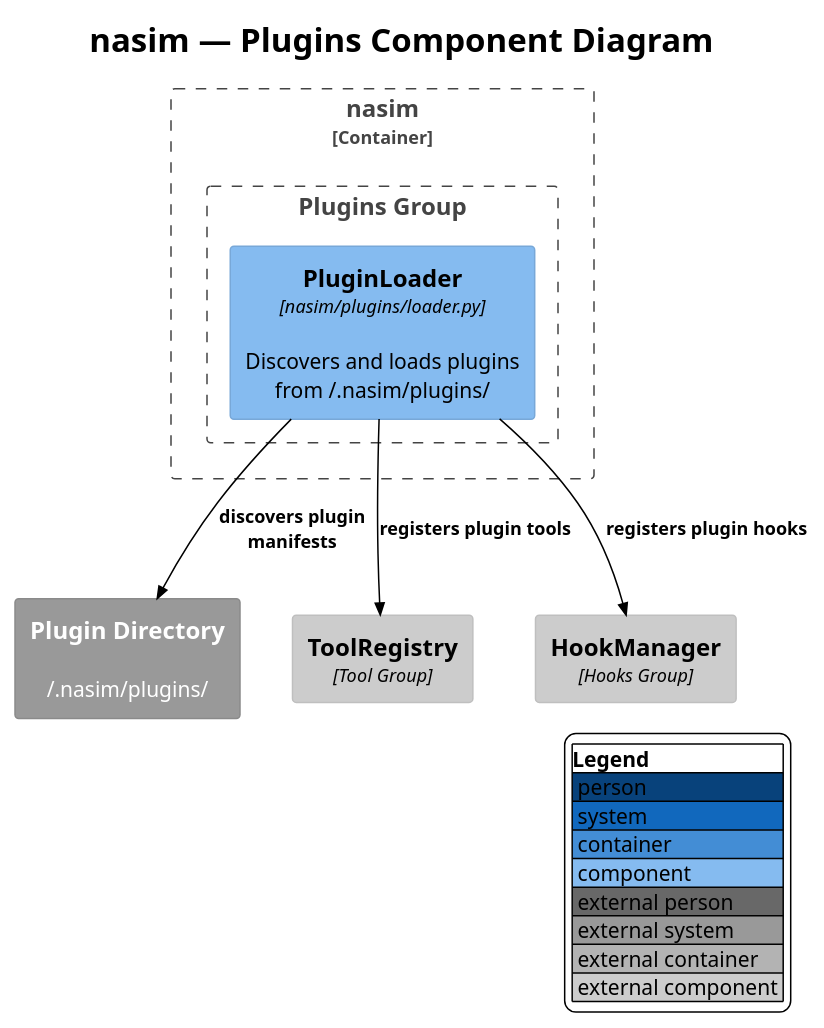
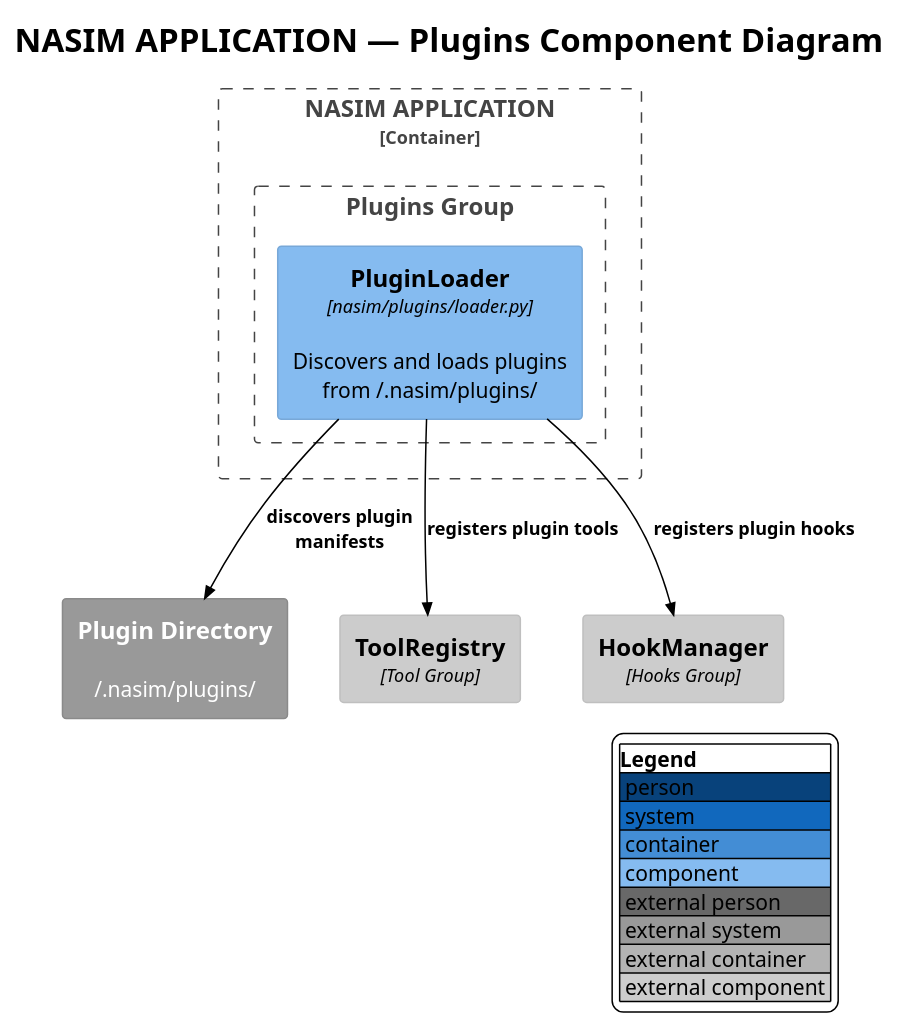
Before and after one commit to salimnamvar/nasim: the diagram in docs/C4/c4_nasim_component_plugins.puml, drawn with PlantUML. The commit also changed 21 other files, not shown here.

Commit message:
docs: Update C4 diagrams to reflect NASIM APPLICATION branding and improve consistency

```diff
--- a/docs/C4/c4_nasim_component_plugins.puml
+++ b/docs/C4/c4_nasim_component_plugins.puml
@@ -1,32 +1,32 @@
 @startuml c4_nasim_component_plugins
 !include https://raw.githubusercontent.com/plantuml-stdlib/C4-PlantUML/v2.10.0/C4_Component.puml
 !theme plain
 
 ' ============================================================
-' Title:     nasim — Plugins Component Diagram
-' Boundary:  nasim (container) — Plugins Group
+' Title:     NASIM APPLICATION — Plugins Component Diagram
+' Boundary:  NASIM APPLICATION (container) — Plugins Group
 ' Purpose:   Plugin discovery, loading, dynamic tool/hook registration
 ' Milestone: v1.0
 ' Version:   9.0.0
 ' Source:    docs/prompt/p1.md — corrective architecture review
 ' Review:    docs/audit/audit.2026.06.20.comprehensive.reference.audit.md
 ' ============================================================
 
 LAYOUT_WITH_LEGEND()
-title nasim — Plugins Component Diagram
+title NASIM APPLICATION — Plugins Component Diagram
 
-Container_Boundary(nasim, "nasim") {
+Container_Boundary(nasim_application, "NASIM APPLICATION") {
     Boundary(plugins_group, "Plugins Group") {
         Component(plugin_loader, "PluginLoader", "nasim/plugins/loader.py", "Discovers and loads plugins from ~/.nasim/plugins/")
     }
 }
 
 System_Ext(plugin_dir, "Plugin Directory", "~/.nasim/plugins/")
 Component_Ext(tool_registry, "ToolRegistry", "Tool Group")
 Component_Ext(hook_manager, "HookManager", "Hooks Group")
 
 Rel(plugin_loader, plugin_dir, "discovers plugin manifests")
 Rel(plugin_loader, tool_registry, "registers plugin tools")
 Rel(plugin_loader, hook_manager, "registers plugin hooks")
 
 @enduml
```
